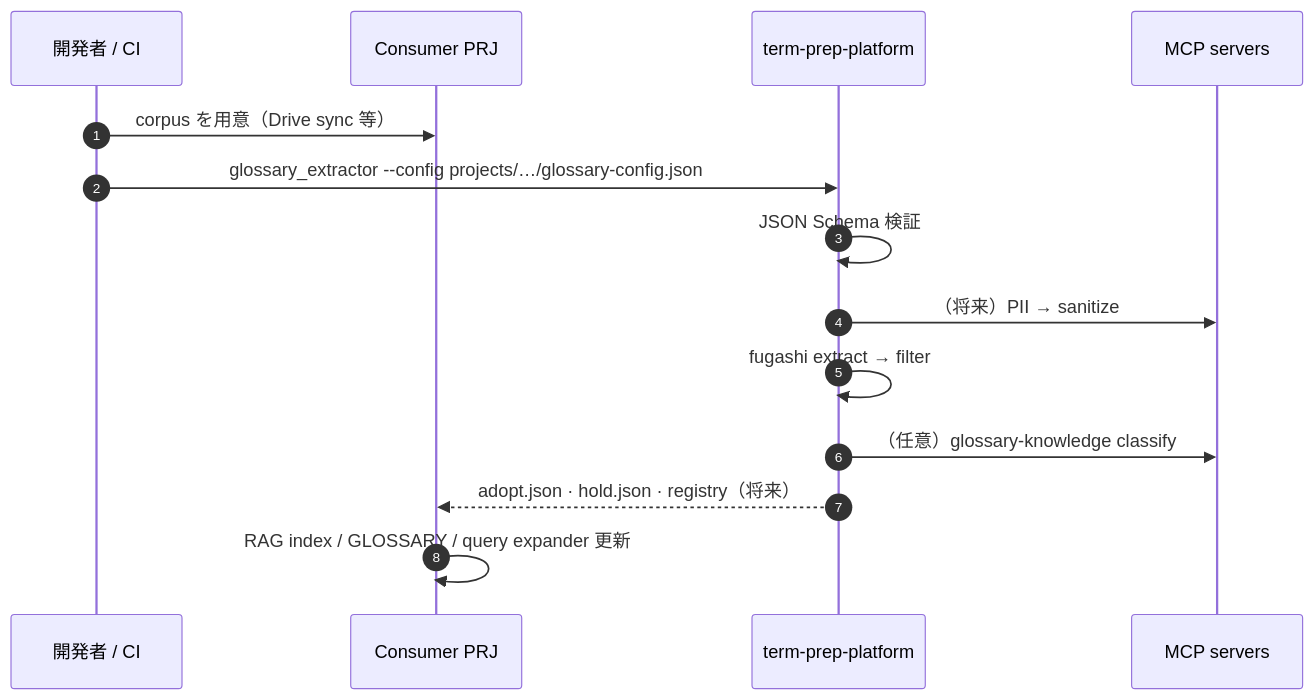
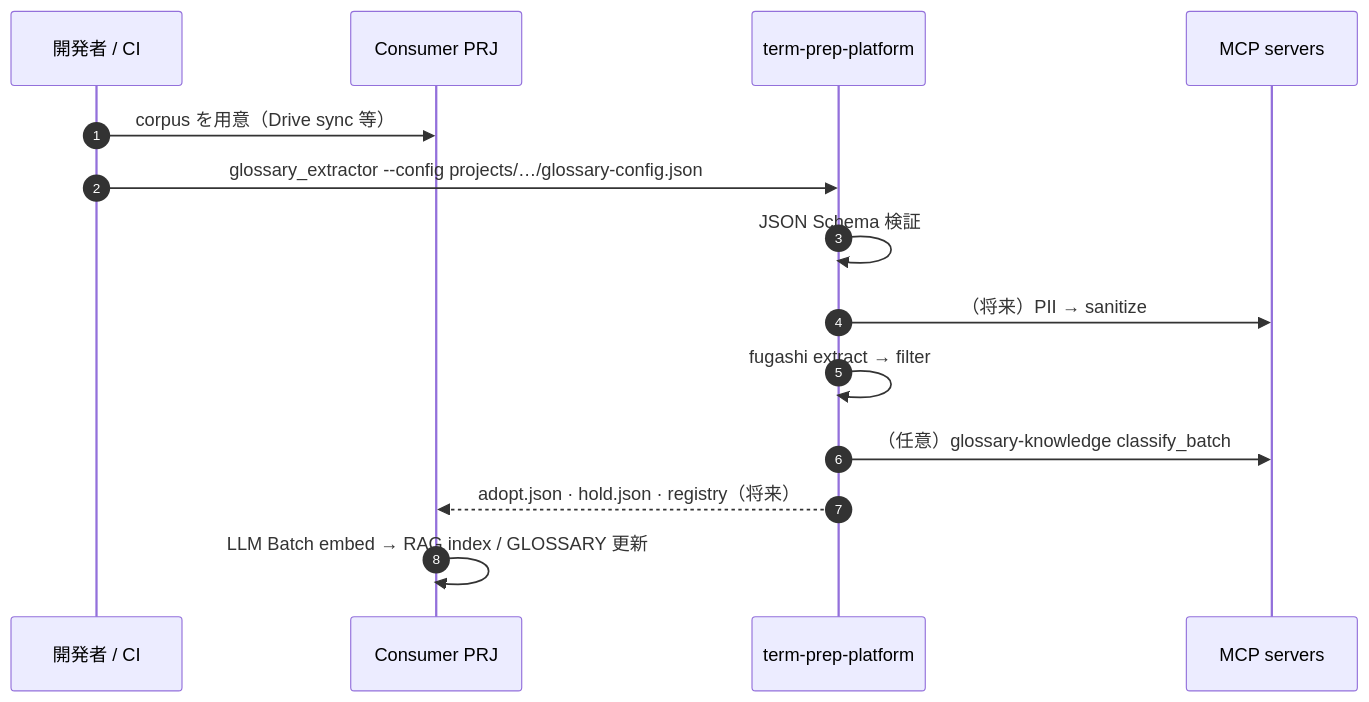
One commit to wombat2006/term-prep-platform changed the third of 4 diagrams in docs/ARCHITECTURE.md. Above: the diagram before and after it, drawn with Mermaid. The commit also changed other lines of this file and 5 other files, not shown here.

````diff
--- a/docs/ARCHITECTURE.md
+++ b/docs/ARCHITECTURE.md
@@ -92,17 +94,17 @@
 ```mermaid
 sequenceDiagram
   autonumber
   participant User as 開発者 / CI
   participant Consumer as Consumer PRJ
   participant Platform as term-prep-platform
   participant MCP as MCP servers
 
   User->>Consumer: corpus を用意（Drive sync 等）
   User->>Platform: glossary_extractor --config projects/…/glossary-config.json
   Platform->>Platform: JSON Schema 検証
   Platform->>MCP: （将来）PII → sanitize
   Platform->>Platform: fugashi extract → filter
-  Platform->>MCP: （任意）glossary-knowledge classify
+  Platform->>MCP: （任意）glossary-knowledge classify_batch
   Platform-->>Consumer: adopt.json · hold.json · registry（将来）
-  Consumer->>Consumer: RAG index / GLOSSARY / query expander 更新
+  Consumer->>Consumer: LLM Batch embed → RAG index / GLOSSARY 更新
 ```
````
